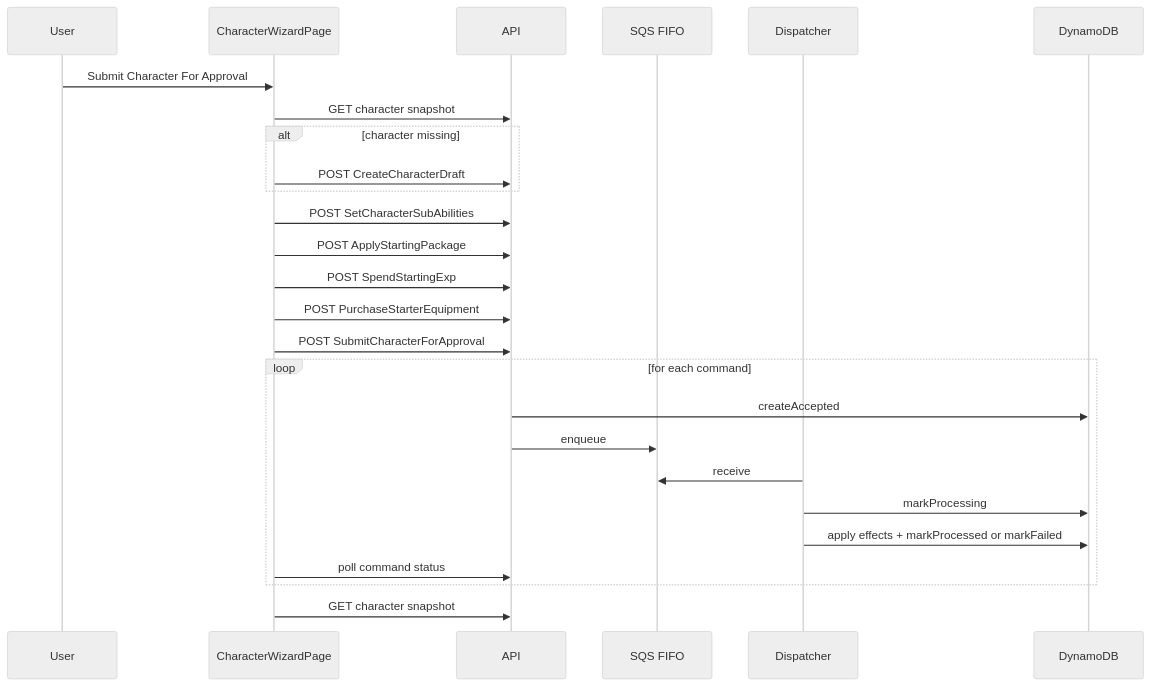
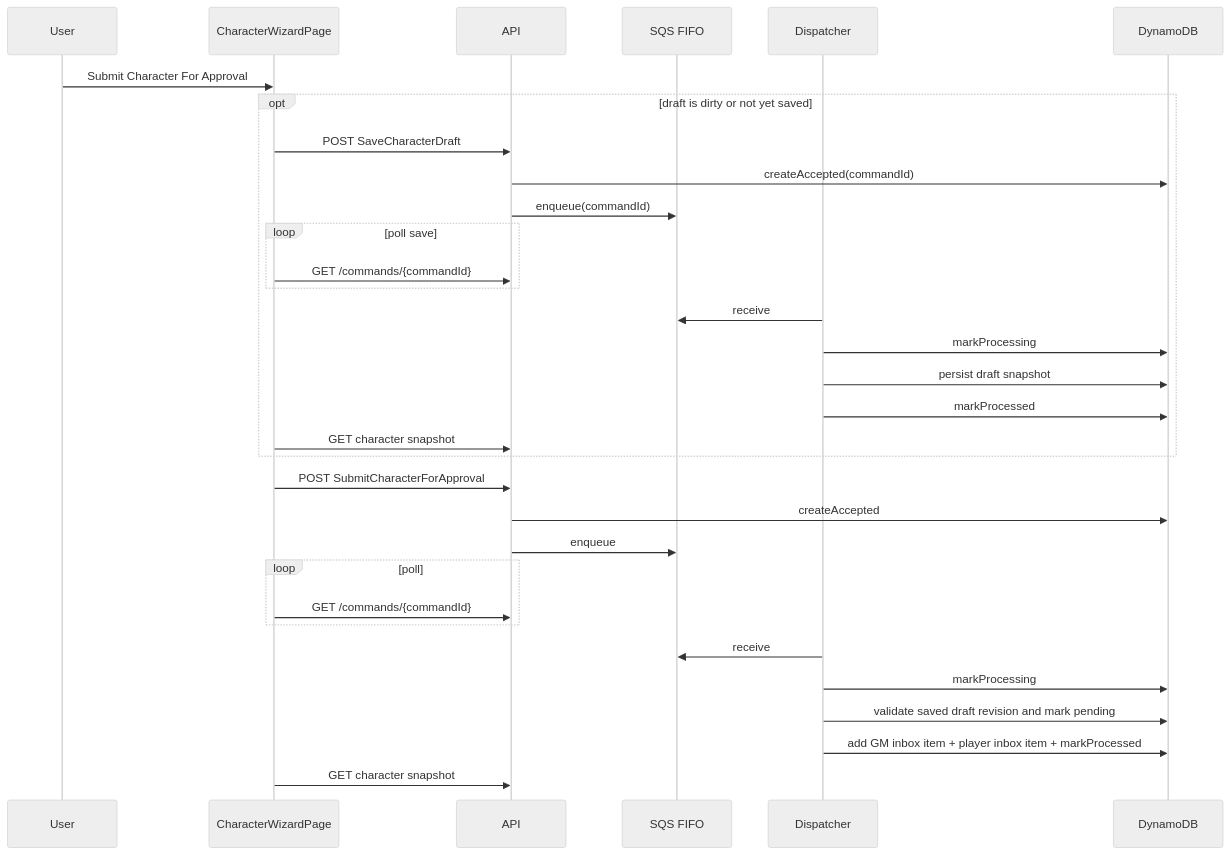
Before and after one commit to SQLCODE917/SwordRoom: the second of 2 diagrams in docs/debugging.character-creation.md, drawn with Mermaid (neutral theme). The commit also changed other lines of this file and 34 other files, not shown here.

````diff
--- a/docs/debugging.character-creation.md
+++ b/docs/debugging.character-creation.md
@@ -22,29 +126,35 @@
 ```mermaid
 sequenceDiagram
   participant U as User
   participant FE as CharacterWizardPage
   participant API as API
   participant SQS as SQS FIFO
   participant W as Dispatcher
   participant DDB as DynamoDB
 
   U->>FE: Submit Character For Approval
-  FE->>API: GET character snapshot
-  alt character missing
-    FE->>API: POST CreateCharacterDraft
-  end
-  FE->>API: POST SetCharacterSubAbilities
-  FE->>API: POST ApplyStartingPackage
-  FE->>API: POST SpendStartingExp
-  FE->>API: POST PurchaseStarterEquipment
-  FE->>API: POST SubmitCharacterForApproval
-  loop for each command
-    API->>DDB: createAccepted
-    API->>SQS: enqueue
+  opt draft is dirty or not yet saved
+    FE->>API: POST SaveCharacterDraft
+    API->>DDB: createAccepted(commandId)
+    API->>SQS: enqueue(commandId)
+    loop poll save
+      FE->>API: GET /commands/{commandId}
+    end
     W->>SQS: receive
     W->>DDB: markProcessing
-    W->>DDB: apply effects + markProcessed or markFailed
-    FE->>API: poll command status
+    W->>DDB: persist draft snapshot
+    W->>DDB: markProcessed
+    FE->>API: GET character snapshot
   end
+  FE->>API: POST SubmitCharacterForApproval
+  API->>DDB: createAccepted
+  API->>SQS: enqueue
+  loop poll
+    FE->>API: GET /commands/{commandId}
+  end
+  W->>SQS: receive
+  W->>DDB: markProcessing
+  W->>DDB: validate saved draft revision and mark pending
+  W->>DDB: add GM inbox item + player inbox item + markProcessed
   FE->>API: GET character snapshot
 ```
````
